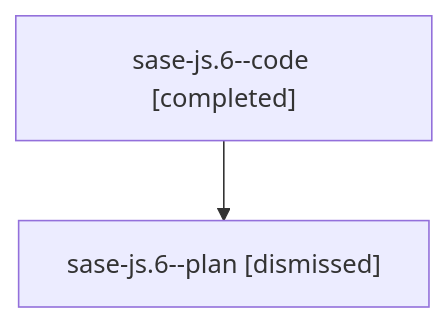
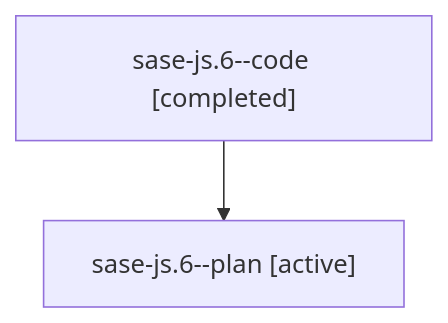
The diagram in families/bbugyi200.athena.sase-js.6.md (sase-org/sase--agents), drawn with Mermaid before and after one commit. The commit also changed other lines of this file and 35830 other files, not shown here.

````diff
--- a/families/bbugyi200.athena.sase-js.6.md
+++ b/families/bbugyi200.athena.sase-js.6.md
@@ -9,6 +9,6 @@
 ```mermaid
 flowchart TD
   n0["sase-js.6--code [completed]"]
-  n1["sase-js.6--plan [dismissed]"]
+  n1["sase-js.6--plan [active]"]
   n0 --> n1
 ```
````
